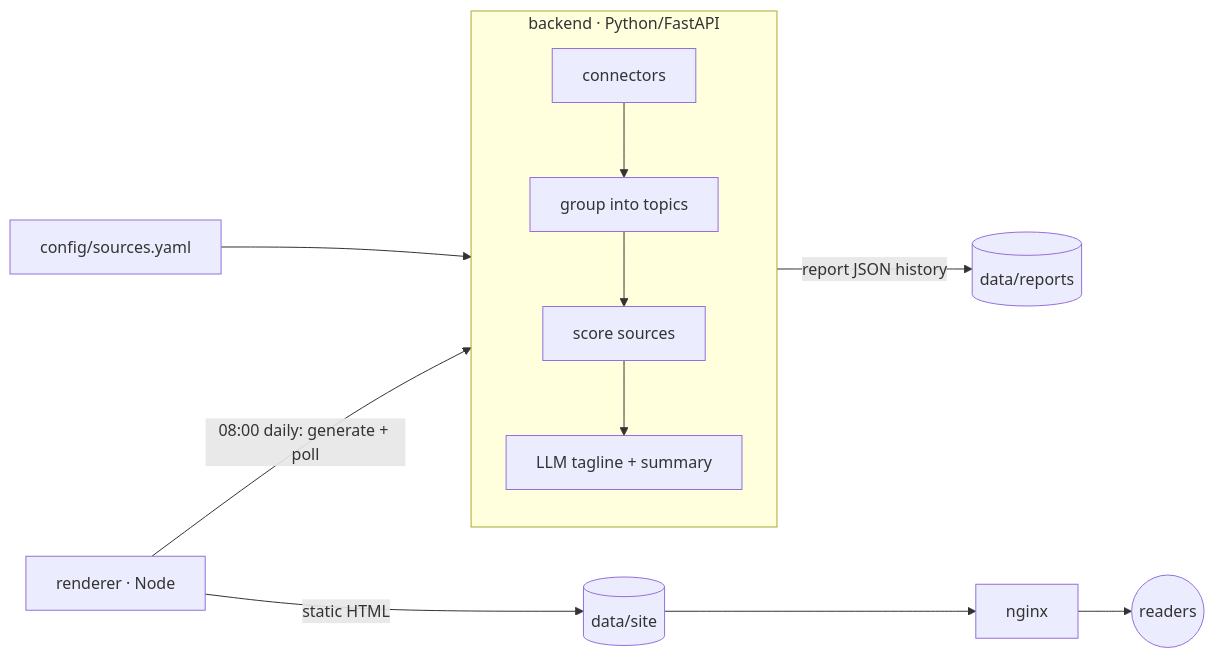
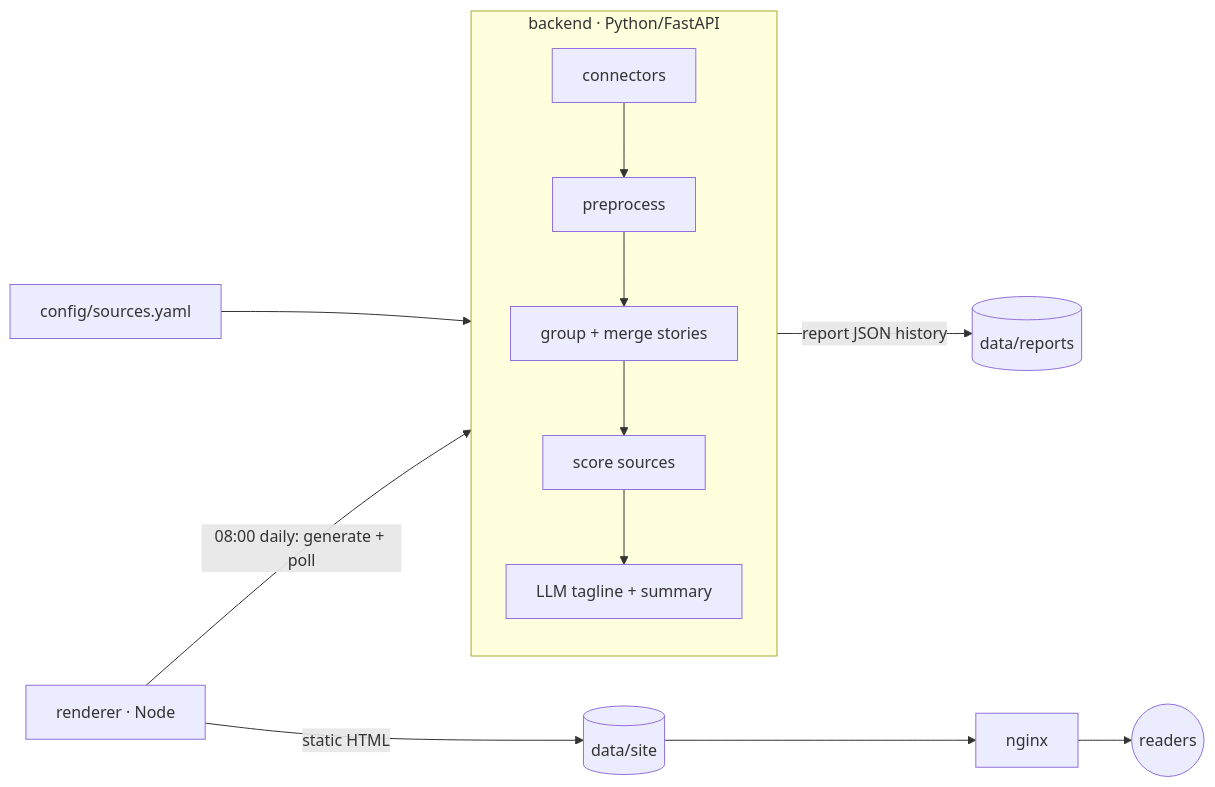
The diagram in README.md (runyanjake/news), drawn with Mermaid before and after one commit. The commit also changed other lines of this file and 8 other files, not shown here.

````diff
--- a/README.md
+++ b/README.md
@@ -6,11 +6,11 @@
 ```mermaid
 flowchart LR
   cfg[config/sources.yaml] --> be
   subgraph be[backend · Python/FastAPI]
-    c[connectors] --> g[group into topics] --> s[score sources] --> l[LLM tagline + summary]
+    c[connectors] --> p[preprocess] --> g[group + merge stories] --> s[score sources] --> l[LLM tagline + summary]
   end
   be -- report JSON history --> data1[(data/reports)]
   r[renderer · Node] -- 08:00 daily: generate + poll --> be
   r -- static HTML --> data2[(data/site)]
   data2 --> n[nginx] --> u((readers))
 ```
````
